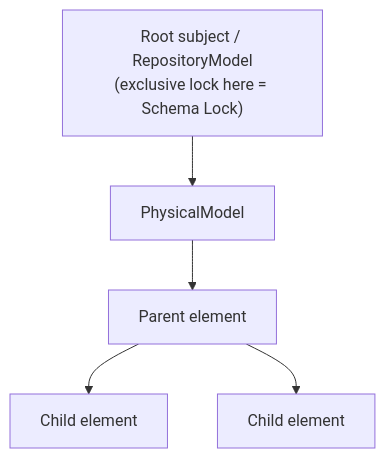
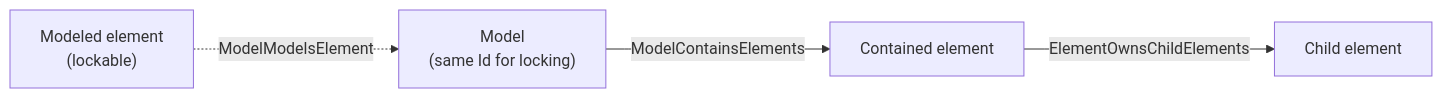
The fourth of 5 diagrams in docs/learning/backend/ConcurrencyControl.md (iTwin/itwinjs-core), drawn with Mermaid before and after one commit. The commit also changed other lines of this file and 4 other files, not shown here.

````diff
--- a/docs/learning/backend/ConcurrencyControl.md
+++ b/docs/learning/backend/ConcurrencyControl.md
@@ -164,11 +149,10 @@
 ```mermaid
-graph TD
-    Root["Root subject / RepositoryModel<br/>(exclusive lock here = Schema Lock)"]
-    M1["PhysicalModel"]
-    P["Parent element"]
-    C1["Child element"]
-    C2["Child element"]
-    Root --> M1 --> P
-    P --> C1
-    P --> C2
+graph LR
+    ME["Modeled element<br/>(lockable)"]
+    M["Model<br/>(same Id for locking)"]
+    E["Contained element"]
+    C["Child element"]
+    ME -. "ModelModelsElement" .-> M
+    M -- "ModelContainsElements" --> E
+    E -- "ElementOwnsChildElements" --> C
 ```
````
